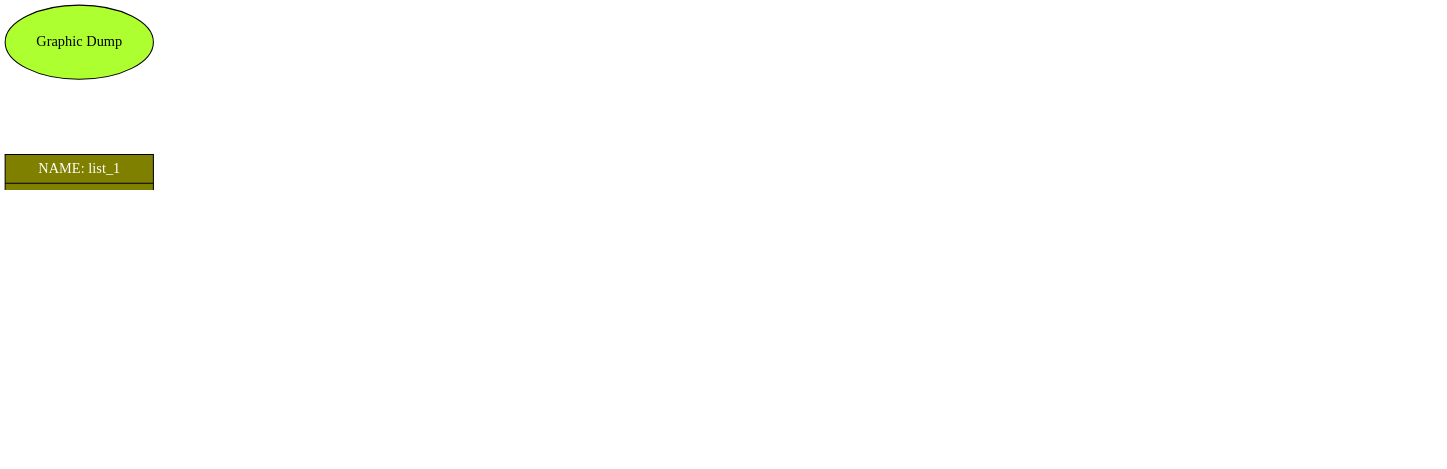
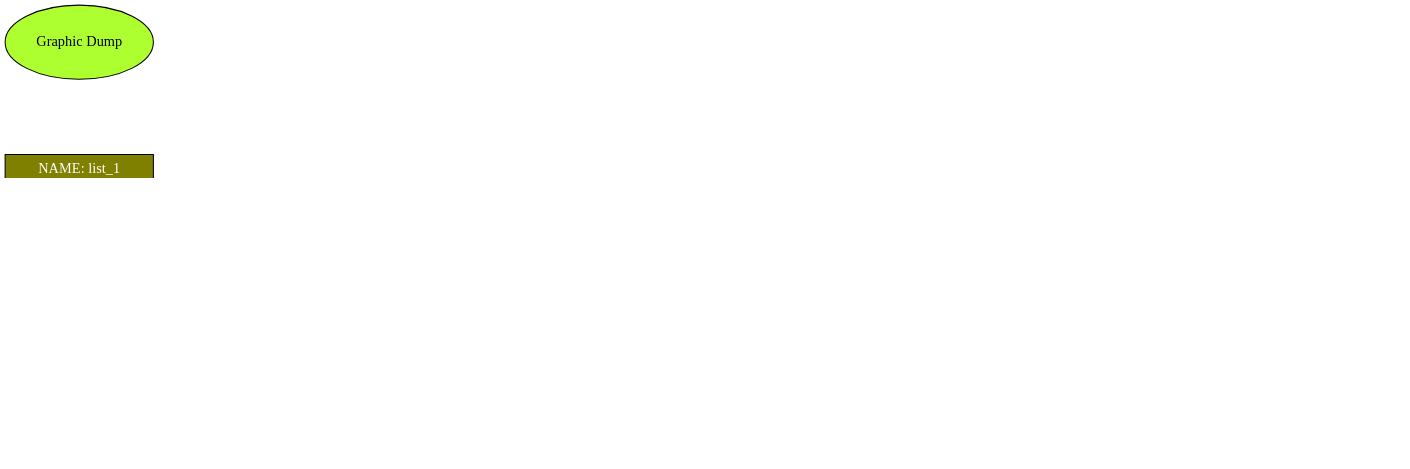
Before and after one commit to BileyHarryCopter/List: the diagram in sources/dump/list_1_dump.dot, drawn with Graphviz. The commit also changed 4 other files, not shown here.

```diff
--- a/sources/dump/list_1_dump.dot
+++ b/sources/dump/list_1_dump.dot
@@ -1,45 +1,43 @@
 digraph LIST
 {
 	graph [dpi = 200, nodesep = 1];
 	rankdir = LR;
 
 	subgraph LISTS
 	{
 		node [shape = record, style = "filled", fillcolor = "teal", fontcolor = "white"];
 		edge [maxlen = 2, penwidth = 1, arrowhead = "empty", weight = 0, dir = "both"];
 			l_elem_0 [label = "<name> FICT | <next> NEXT: 1 | <prev> PREV: 5 | <data> DATA: null", fillcolor = "darkslategray"];
 			l_elem_1 [label = "<name> NODE: 1 | <next> NEXT: 2 | <prev> PREV: 0 | <data> DATA: 20.00"];
 			l_elem_2 [label = "<name> NODE: 2 | <next> NEXT: 3 | <prev> PREV: 1 | <data> DATA: 30.00"];
 			l_elem_3 [label = "<name> NODE: 3 | <next> NEXT: 4 | <prev> PREV: 2 | <data> DATA: 40.00"];
 			l_elem_4 [label = "<name> NODE: 4 | <next> NEXT: 5 | <prev> PREV: 3 | <data> DATA: 60.00"];
 			l_elem_5 [label = "<name> NODE: 5 | <next> NEXT: 0 | <prev> PREV: 4 | <data> DATA: 860.00"];
-			l_elem_6 [label = "<name> NODE: 6 | <next> NEXT: 8 | <prev> PREV: 7 | <data> DATA: 13260.00"];
-			l_elem_7 [label = "<name> NODE: 7 | <next> NEXT: 6 | <prev> PREV: -1 | <data> DATA: 0.00"];
-			l_elem_8 [label = "<name> NODE: 8 | <next> NEXT: 9 | <prev> PREV: 6 | <data> DATA: 0.00"];
+			l_elem_6 [label = "<name> NODE: 6 | <next> NEXT: 7 | <prev> PREV: -1 | <data> DATA: 0.00"];
+			l_elem_7 [label = "<name> NODE: 7 | <next> NEXT: 8 | <prev> PREV: -1 | <data> DATA: 0.00"];
+			l_elem_8 [label = "<name> NODE: 8 | <next> NEXT: 9 | <prev> PREV: -1 | <data> DATA: 0.00"];
 			l_elem_9 [label = "<name> NODE: 9 | <next> NEXT: 0 | <prev> PREV: -1 | <data> DATA: 0.00"];
 		l_elem_0->l_elem_1->l_elem_2->l_elem_3->l_elem_4->l_elem_5->l_elem_6->l_elem_7->l_elem_8->l_elem_9 [weight = 5, style = "invisible", arrowhead = "none", dir = "forward"];
 
 		l_elem_0:se -> l_elem_1:sw;
 		l_elem_0:ne -> l_elem_5:nw;
 		l_elem_1:se -> l_elem_2:sw;
 		l_elem_2:se -> l_elem_3:sw;
 		l_elem_3:se -> l_elem_4:sw;
 		l_elem_4:se -> l_elem_5:sw;
-		l_elem_6:se -> l_elem_8:sw;
-		l_elem_8:se -> l_elem_9:sw;
 		}
 
 	subgraph MAIN
 	{
 		node	[shape = record, width = 2, height = 2, style = "filled", fillcolor = "olive", fontcolor = "white"];
 		edge	[maxlen = 1 , penwidth = 1, arrowhead = "empty"];
-		main	[label = "{NAME:  list_1} | {CAPACITY:  10} | {INSERT:  6} | {FREE:  7} | {FICT:  0}"];
+		main	[label = "{NAME:  list_1} | {CAPACITY:  10} | {INSERT:  5} | {FREE:  6} | {FICT:  0}"];
 	}
 
 	subgraph MAIN
 	{
 		node 	[shape = ellipse, height = 1, style = "filled", fillcolor = "greenyellow", fontcolor = "black"];
 		title 	[label = "Graphic Dump"];
 	}
 
 }
```
